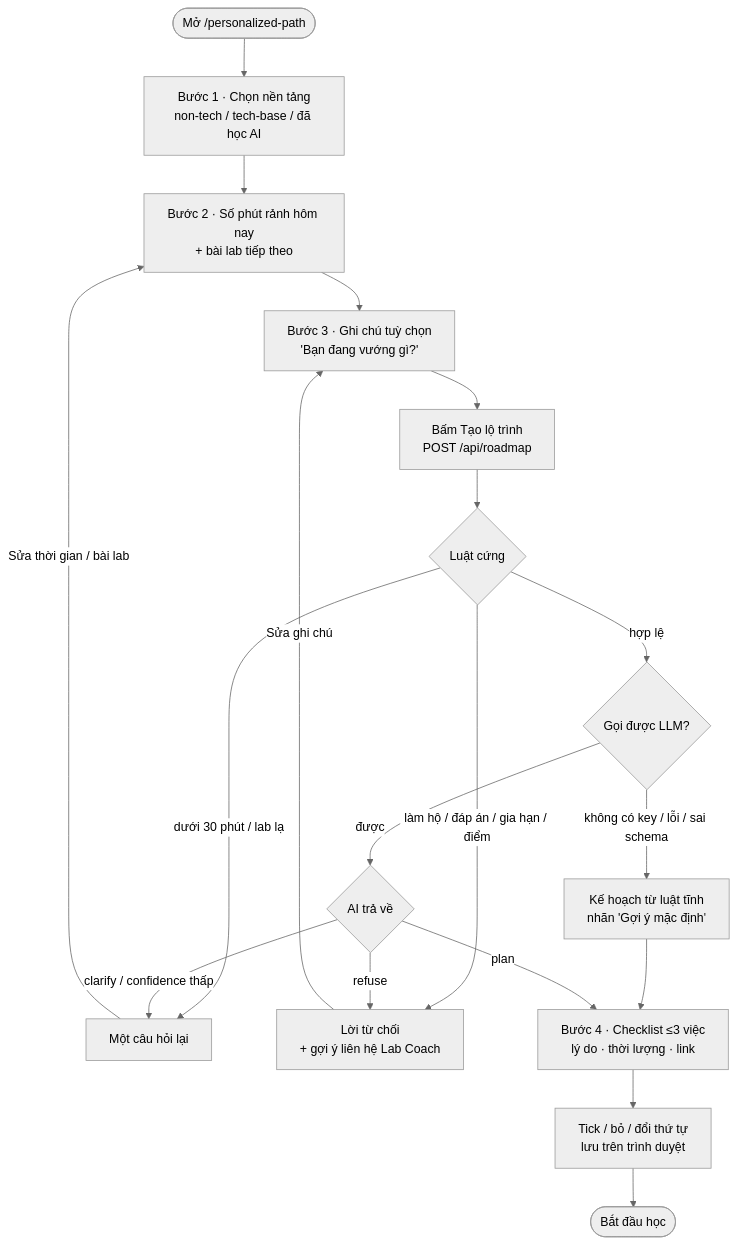
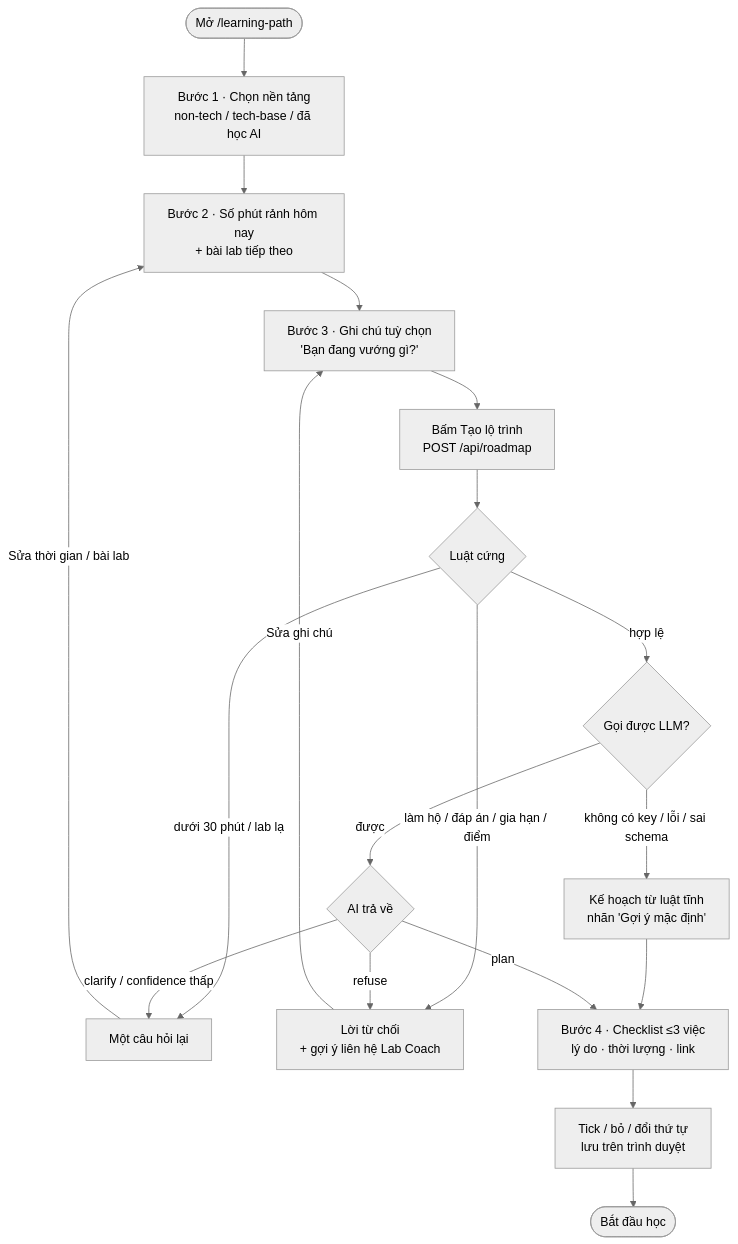
One commit to Dokhacgiakhoa/K4-3A-e403-Vinonymus changed the second of 4 diagrams in README.md. Above: the diagram before and after it, drawn with Mermaid (neutral theme). The commit also changed other lines of this file and 21 other files, not shown here.

Commit message:
feat: add demo role accounts and move learning path behind login

````diff
--- a/README.md
+++ b/README.md
@@ -137,19 +137,19 @@
 ```mermaid
 flowchart TD
-    A([Mở /personalized-path]) --> B[Bước 1 · Chọn nền tảng<br/>non-tech / tech-base / đã học AI]
+    A([Mở /learning-path]) --> B[Bước 1 · Chọn nền tảng<br/>non-tech / tech-base / đã học AI]
     B --> C[Bước 2 · Số phút rảnh hôm nay<br/>+ bài lab tiếp theo]
     C --> D[Bước 3 · Ghi chú tuỳ chọn<br/>'Bạn đang vướng gì?']
     D --> F[Bấm Tạo lộ trình<br/>POST /api/roadmap]
     F --> R{Luật cứng}
     R -- dưới 30 phút / lab lạ --> H
     R -- làm hộ / đáp án / gia hạn / điểm --> I
     R -- hợp lệ --> E{Gọi được LLM?}
     E -- không có key / lỗi / sai schema --> K[Kế hoạch từ luật tĩnh<br/>nhãn 'Gợi ý mặc định']
     K --> G
     E -- được --> S{AI trả về}
     S -- plan --> G[Bước 4 · Checklist ≤3 việc<br/>lý do · thời lượng · link]
     S -- clarify / confidence thấp --> H[Một câu hỏi lại] -- Sửa thời gian / bài lab --> C
     S -- refuse --> I[Lời từ chối<br/>+ gợi ý liên hệ Lab Coach] -- Sửa ghi chú --> D
     G --> J[Tick / bỏ / đổi thứ tự<br/>lưu trên trình duyệt]
     J --> Z([Bắt đầu học])
 ```
````
